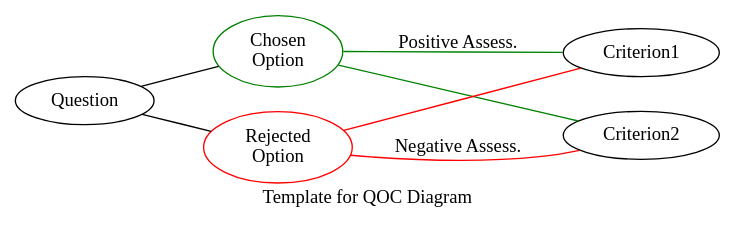
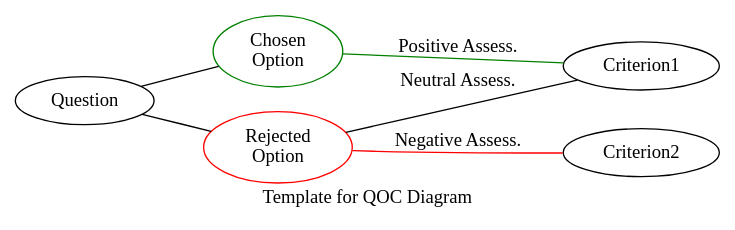
The second of 10 diagrams in ass1-revisited.org (gebrek/sod-rev), drawn with Graphviz before and after one commit. The commit also changed other lines of this file, not shown here.

Commit message:
QOC & Decomp diagrams (and plenty of other small changes)

```diff
--- a/ass1-revisited.org
+++ b/ass1-revisited.org
@@ -25,22 +25,21 @@
    #+BEGIN_SRC dot :file res/qoc_example.png :tangle res/qoc_example.dot
      graph G {
 	     label="Template for QOC Diagram"
 	     rankdir=LR;
 
 	     Question;
 	     Option1 [label="Chosen\nOption" color=green];
 	     Option2 [label="Rejected\nOption" color=red];
 	     Criterion1;
 	     Criterion2;
 
 	     {rank=min Question}
 	     {rank=same Option1, Option2}
 	     {rank=same Criterion1, Criterion2}
 
 	     Question--{Option1, Option2};
 	     Option1--Criterion1 [label="Positive Assess." color=green];
-	     Option1--Criterion2 [color=green];
-	     Option2--Criterion1 [color=red];
+	     Option2--Criterion1 [label="Neutral Assess."]
 	     Option2--Criterion2 [color=red label="Negative Assess."];
      }
    #+END_SRC
```
